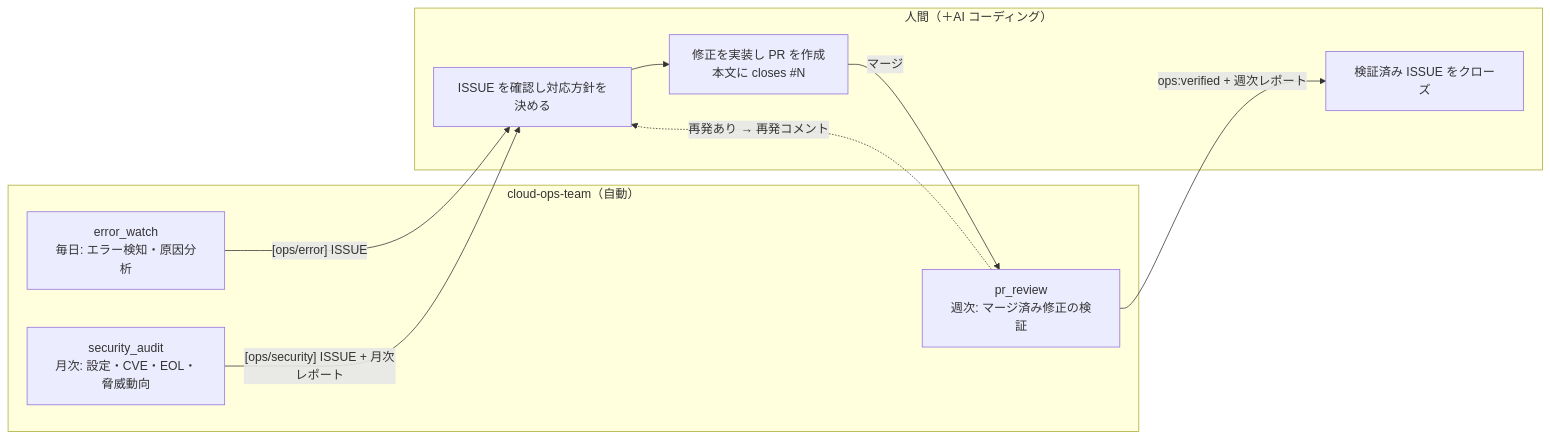
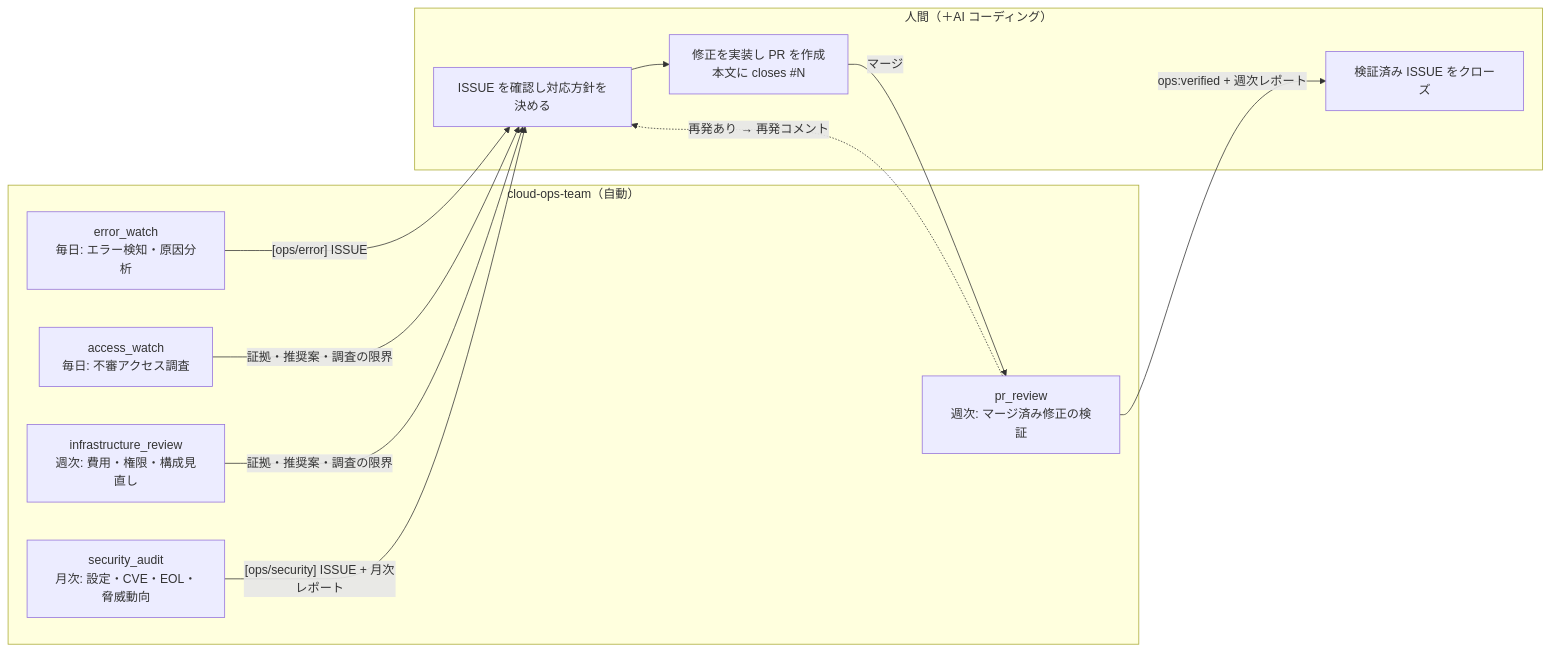
The first of 4 diagrams in docs/architecture.md (atsuki-sakai/cloud-ops-team), drawn with Mermaid before and after one commit. The commit also changed other lines of this file and 61 other files, not shown here.

````diff
--- a/docs/architecture.md
+++ b/docs/architecture.md
@@ -16,19 +16,22 @@
 ```mermaid
 flowchart LR
     subgraph Agents["cloud-ops-team（自動）"]
         EW["error_watch<br/>毎日: エラー検知・原因分析"]
+        AW["access_watch<br/>毎日: 不審アクセス調査"]
+        IR["infrastructure_review<br/>週次: 費用・権限・構成見直し"]
         SA["security_audit<br/>月次: 設定・CVE・EOL・脅威動向"]
         PR["pr_review<br/>週次: マージ済み修正の検証"]
     end
     subgraph Humans["人間（＋AI コーディング）"]
         H1["ISSUE を確認し対応方針を決める"]
         H2["修正を実装し PR を作成<br/>本文に closes #N"]
         H3["検証済み ISSUE をクローズ"]
     end
     EW -- "[ops/error] ISSUE" --> H1
+    AW & IR -- "証拠・推奨案・調査の限界" --> H1
     SA -- "[ops/security] ISSUE + 月次レポート" --> H1
     H1 --> H2
     H2 -- "マージ" --> PR
     PR -- "ops:verified + 週次レポート" --> H3
     PR -. "再発あり → 再発コメント" .-> H1
 ```
````
